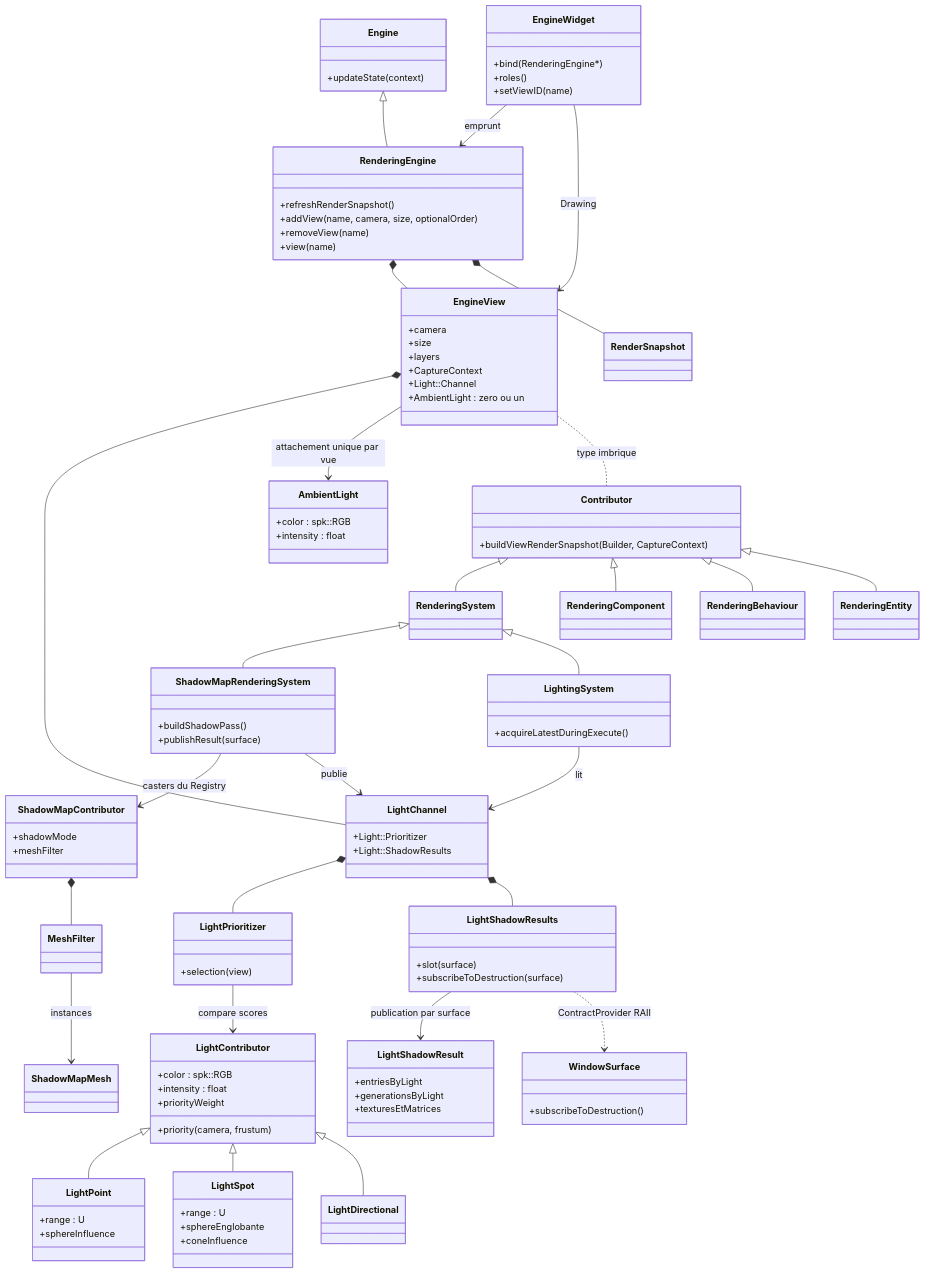
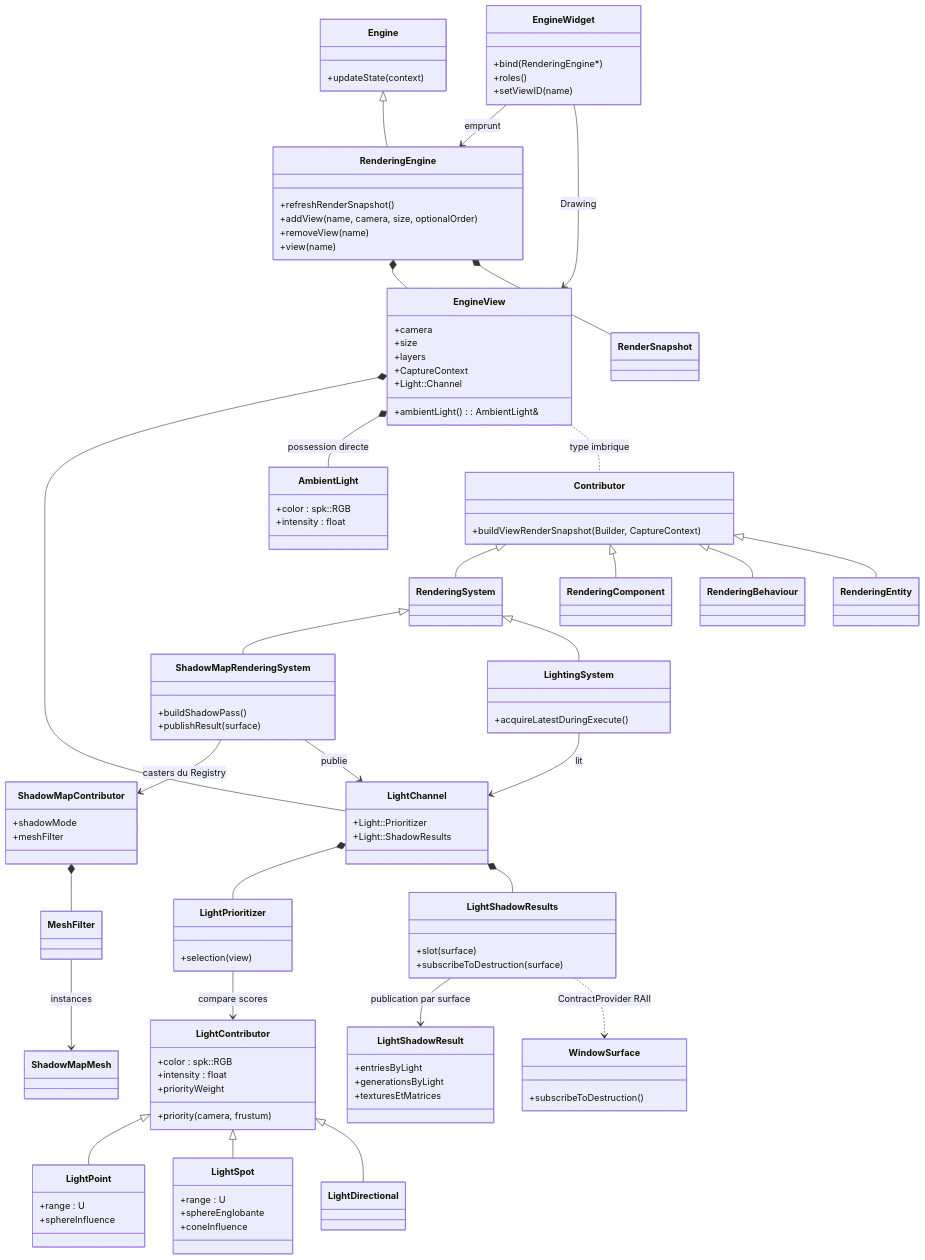
Before and after one commit to EreliaStudio/Sparkle: the first of 9 diagrams in docs/voxel-engine-v0.1.4/07-vues-et-passes.md, drawn with Mermaid. The commit also changed other lines of this file, not shown here.

Commit message:
docs(v0.1.4): EngineView directly owns a configurable AmbientLight

```diff
--- a/docs/voxel-engine-v0.1.4/07-vues-et-passes.md
+++ b/docs/voxel-engine-v0.1.4/07-vues-et-passes.md
@@ -25,7 +25,7 @@
     +layers
     +CaptureContext
     +Light::Channel
-    +AmbientLight : zero ou un
+    +ambientLight() : AmbientLight&
   }
   class AmbientLight {
     +color : spk::RGB
@@ -95,7 +95,7 @@
   RenderingEngine *-- EngineView
   RenderingEngine *-- RenderSnapshot
   EngineView *-- LightChannel
-  EngineView --> AmbientLight : attachement unique par vue
+  EngineView *-- AmbientLight : possession directe
   EngineView .. Contributor : type imbrique
   Contributor <|-- RenderingSystem
   Contributor <|-- RenderingComponent
```
